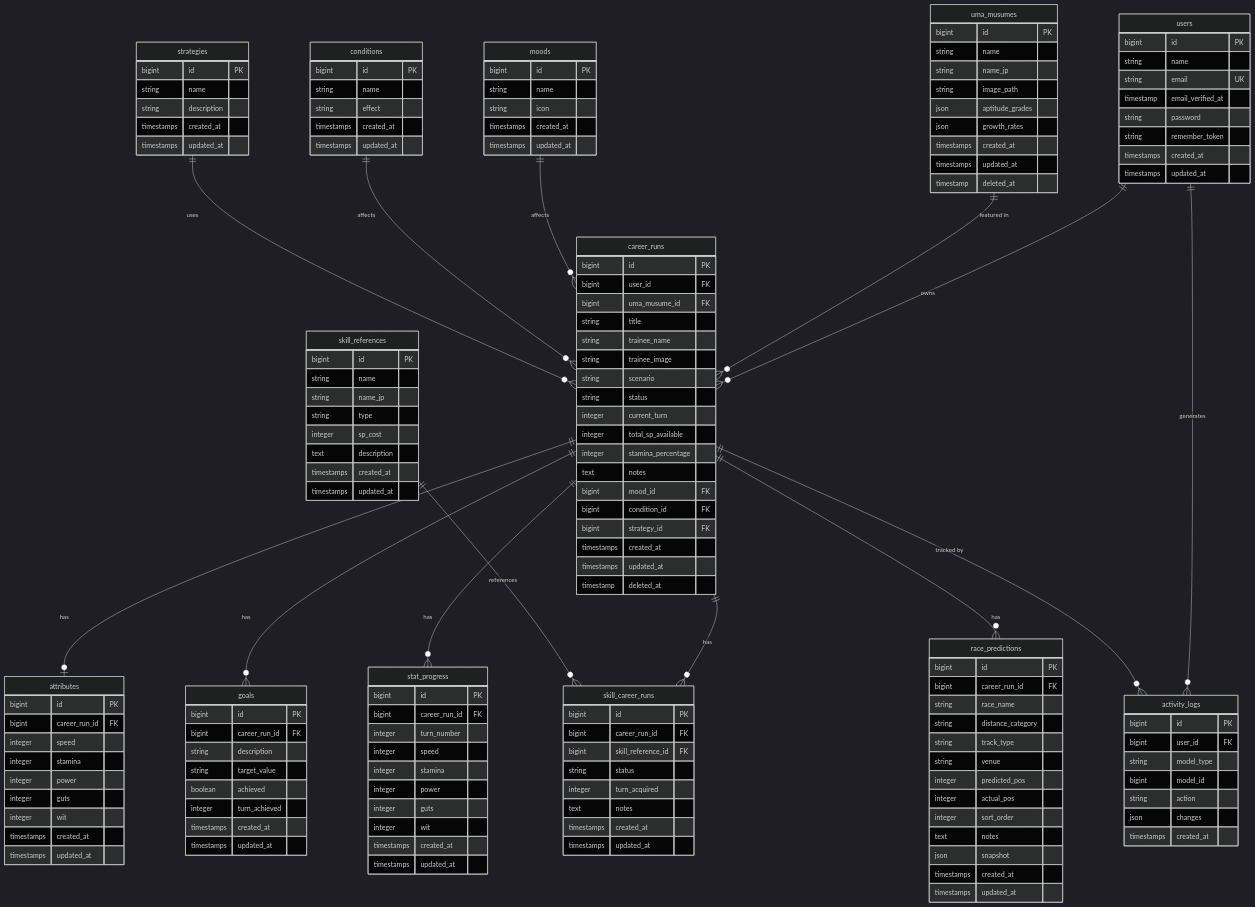
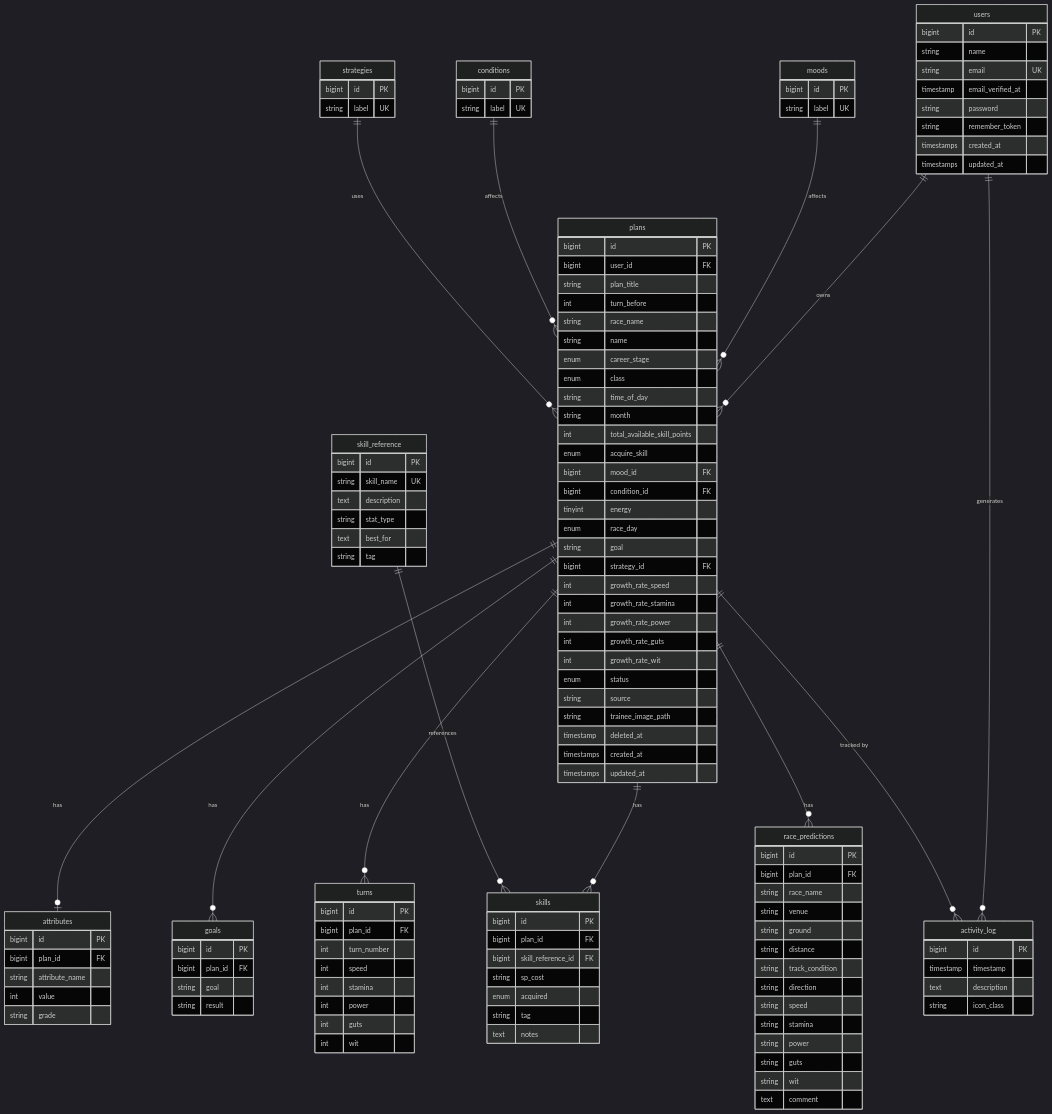
Before and after one commit to IzzatFirdaus/uma_musume_race_planner: the third of 3 diagrams in .kiro/specs/umamusume-planner-backend/design.md, drawn with Mermaid (dark theme). The commit also changed other lines of this file and 9 other files, not shown here.

````diff
--- a/.kiro/specs/umamusume-planner-backend/design.md
+++ b/.kiro/specs/umamusume-planner-backend/design.md
@@ -461,19 +462,18 @@
 ```mermaid
 erDiagram
-    users ||--o{ career_runs : "owns"
-    users ||--o{ activity_logs : "generates"
-    uma_musumes ||--o{ career_runs : "featured in"
-    career_runs ||--o| attributes : "has"
-    career_runs ||--o{ skill_career_runs : "has"
-    career_runs ||--o{ goals : "has"
-    career_runs ||--o{ stat_progress : "has"
-    career_runs ||--o{ race_predictions : "has"
-    career_runs ||--o{ activity_logs : "tracked by"
-    skill_references ||--o{ skill_career_runs : "references"
-    moods ||--o{ career_runs : "affects"
-    conditions ||--o{ career_runs : "affects"
-    strategies ||--o{ career_runs : "uses"
-    
+    users ||--o{ plans : "owns"
+    users ||--o{ activity_log : "generates"
+    plans ||--o| attributes : "has"
+    plans ||--o{ skills : "has"
+    plans ||--o{ goals : "has"
+    plans ||--o{ turns : "has"
+    plans ||--o{ race_predictions : "has"
+    plans ||--o{ activity_log : "tracked by"
+    skill_reference ||--o{ skills : "references"
+    moods ||--o{ plans : "affects"
+    conditions ||--o{ plans : "affects"
+    strategies ||--o{ plans : "uses"
+
     users {
         bigint id PK
         string name
@@ -484,145 +484,120 @@
         timestamps created_at
         timestamps updated_at
     }
-    
-    uma_musumes {
-        bigint id PK
-        string name
-        string name_jp
-        string image_path
-        json aptitude_grades
-        json growth_rates
-        timestamps created_at
-        timestamps updated_at
-        timestamp deleted_at
-    }
-    
-    career_runs {
+
+    plans {
         bigint id PK
         bigint user_id FK
-        bigint uma_musume_id FK
-        string title
-        string trainee_name
-        string trainee_image
-        string scenario
-        string status
-        integer current_turn
-        integer total_sp_available
-        integer stamina_percentage
-        text notes
+        string plan_title
+        int turn_before
+        string race_name
+        string name
+        enum career_stage
+        enum class
+        string time_of_day
+        string month
+        int total_available_skill_points
+        enum acquire_skill
         bigint mood_id FK
         bigint condition_id FK
+        tinyint energy
+        enum race_day
+        string goal
         bigint strategy_id FK
-        timestamps created_at
-        timestamps updated_at
+        int growth_rate_speed
+        int growth_rate_stamina
+        int growth_rate_power
+        int growth_rate_guts
+        int growth_rate_wit
+        enum status
+        string source
+        string trainee_image_path
         timestamp deleted_at
-    }
-    
-    attributes {
-        bigint id PK
-        bigint career_run_id FK
-        integer speed
-        integer stamina
-        integer power
-        integer guts
-        integer wit
         timestamps created_at
         timestamps updated_at
     }
-    
-    skill_career_runs {
+
+    attributes {
         bigint id PK
-        bigint career_run_id FK
+        bigint plan_id FK
+        string attribute_name
+        int value
+        string grade
+    }
+
+    skills {
+        bigint id PK
+        bigint plan_id FK
         bigint skill_reference_id FK
-        string status
-        integer turn_acquired
+        string sp_cost
+        enum acquired
+        string tag
         text notes
-        timestamps created_at
-        timestamps updated_at
     }
-    
-    skill_references {
+
+    skill_reference {
         bigint id PK
-        string name
-        string name_jp
-        string type
-        integer sp_cost
+        string skill_name UK
         text description
-        timestamps created_at
-        timestamps updated_at
+        string stat_type
+        text best_for
+        string tag
     }
-    
+
     goals {
         bigint id PK
-        bigint career_run_id FK
-        string description
-        string target_value
-        boolean achieved
-        integer turn_achieved
-        timestamps created_at
-        timestamps updated_at
+        bigint plan_id FK
+        string goal
+        string result
     }
-    
-    stat_progress {
+
+    turns {
         bigint id PK
-        bigint career_run_id FK
-        integer turn_number
-        integer speed
-        integer stamina
-        integer power
-        integer guts
-        integer wit
-        timestamps created_at
-        timestamps updated_at
+        bigint plan_id FK
+        int turn_number
+        int speed
+        int stamina
+        int power
+        int guts
+        int wit
     }
-    
+
     race_predictions {
         bigint id PK
-        bigint career_run_id FK
+        bigint plan_id FK
         string race_name
-        string distance_category
-        string track_type
         string venue
-        integer predicted_pos
-        integer actual_pos
-        integer sort_order
-        text notes
-        json snapshot
-        timestamps created_at
-        timestamps updated_at
+        string ground
+        string distance
+        string track_condition
+        string direction
+        string speed
+        string stamina
+        string power
+        string guts
+        string wit
+        text comment
     }
-    
-    activity_logs {
+
+    activity_log {
         bigint id PK
-        bigint user_id FK
-        string model_type
-        bigint model_id
-        string action
-        json changes
-        timestamps created_at
+        timestamp timestamp
+        text description
+        string icon_class
     }
-    
+
     moods {
         bigint id PK
-        string name
-        string icon
-        timestamps created_at
-        timestamps updated_at
+        string label UK
     }
-    
+
     conditions {
         bigint id PK
-        string name
-        string effect
-        timestamps created_at
-        timestamps updated_at
+        string label UK
     }
-    
+
     strategies {
         bigint id PK
-        string name
-        string description
-        timestamps created_at
-        timestamps updated_at
+        string label UK
     }
 ```
````
